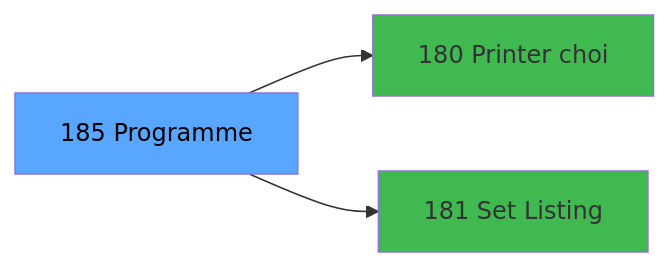
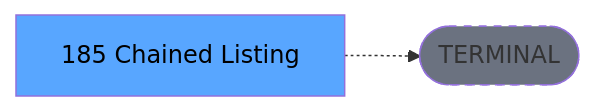
The third of 3 diagrams in .openspec/renders/ADH-IDE-185.md (thonyAGP/lecteur-magic), drawn with Mermaid before and after one commit. The commit also changed other lines of this file and 701 other files, not shown here.

````diff
--- a/.openspec/renders/ADH-IDE-185.md
+++ b/.openspec/renders/ADH-IDE-185.md
@@ -141,11 +134,8 @@
 ```mermaid
 graph LR
-    T[185 Programme]
-    C180[180 Printer choi]
-    T --> C180
-    C181[181 Set Listing ]
-    T --> C181
+    T[185 Chained Listing]
+    TERM([TERMINAL])
+    T -.-> TERM
+    style TERM fill:#6b7280,stroke-dasharray: 5 5
     style T fill:#58a6ff,color:#000
-    style C180 fill:#3fb950
-    style C181 fill:#3fb950
 ```
````
